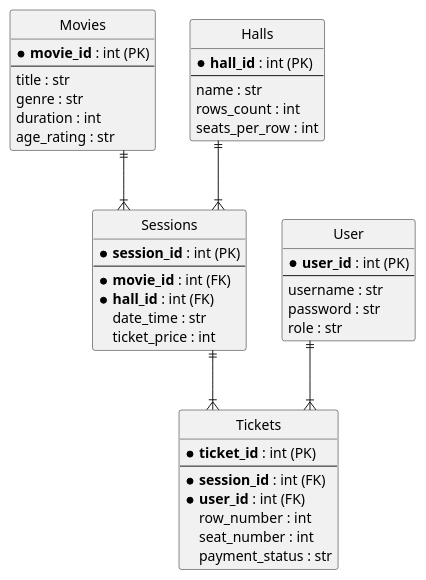
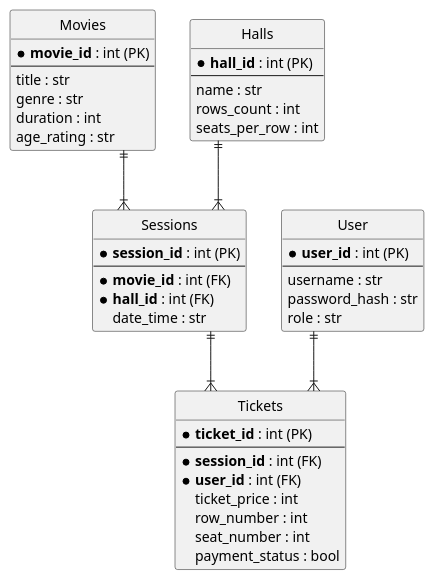
Before and after one commit to Michael-krutisha/Data_Cinema: the diagram in docs/ER-diagramma.puml, drawn with PlantUML.

Commit message:
Диаграмма

```diff
--- a/docs/ER-diagramma.puml
+++ b/docs/ER-diagramma.puml
@@ -1,58 +1,58 @@
 @startuml
 ' Настройка стиля отображения
 hide circle
 skinparam linetype ortho
 skinparam monochrome false
 skinparam shadowing false
 
 entity "Movies" as movies {
   * **movie_id** : int (PK)
   --
   title : str
   genre : str
   duration : int
   age_rating : str
 }
 
 entity "Halls" as halls {
   * **hall_id** : int (PK)
   --
   name : str
   rows_count : int
   seats_per_row : int
 }
 
 entity "User" as user {
   * **user_id** : int (PK)
   --
   username : str
-  password : str
+  password_hash : str
   role : str
 }
 
 entity "Sessions" as sessions {
   * **session_id** : int (PK)
   --
   * **movie_id** : int (FK)
   * **hall_id** : int (FK)
   date_time : str
-  ticket_price : int
 }
 
 entity "Tickets" as tickets {
   * **ticket_id** : int (PK)
   --
   * **session_id** : int (FK)
   * **user_id** : int (FK)
+  ticket_price : int
   row_number : int
   seat_number : int
-  payment_status : str
+  payment_status : bool
 }
 
 ' Определение связей "Один ко Многим" (1:N)
 movies ||--|{ sessions
 halls  ||--|{ sessions
 user   ||--|{ tickets
 sessions ||--|{ tickets
 
 @enduml
```
